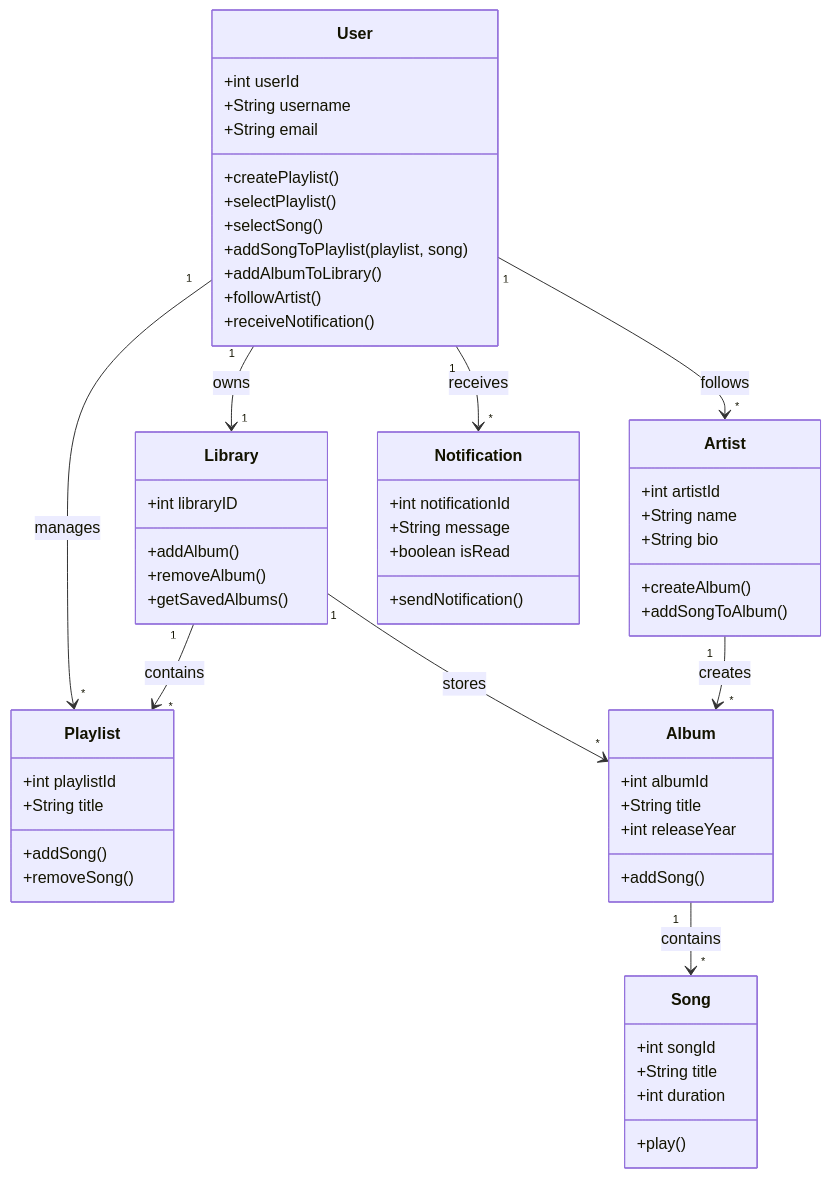
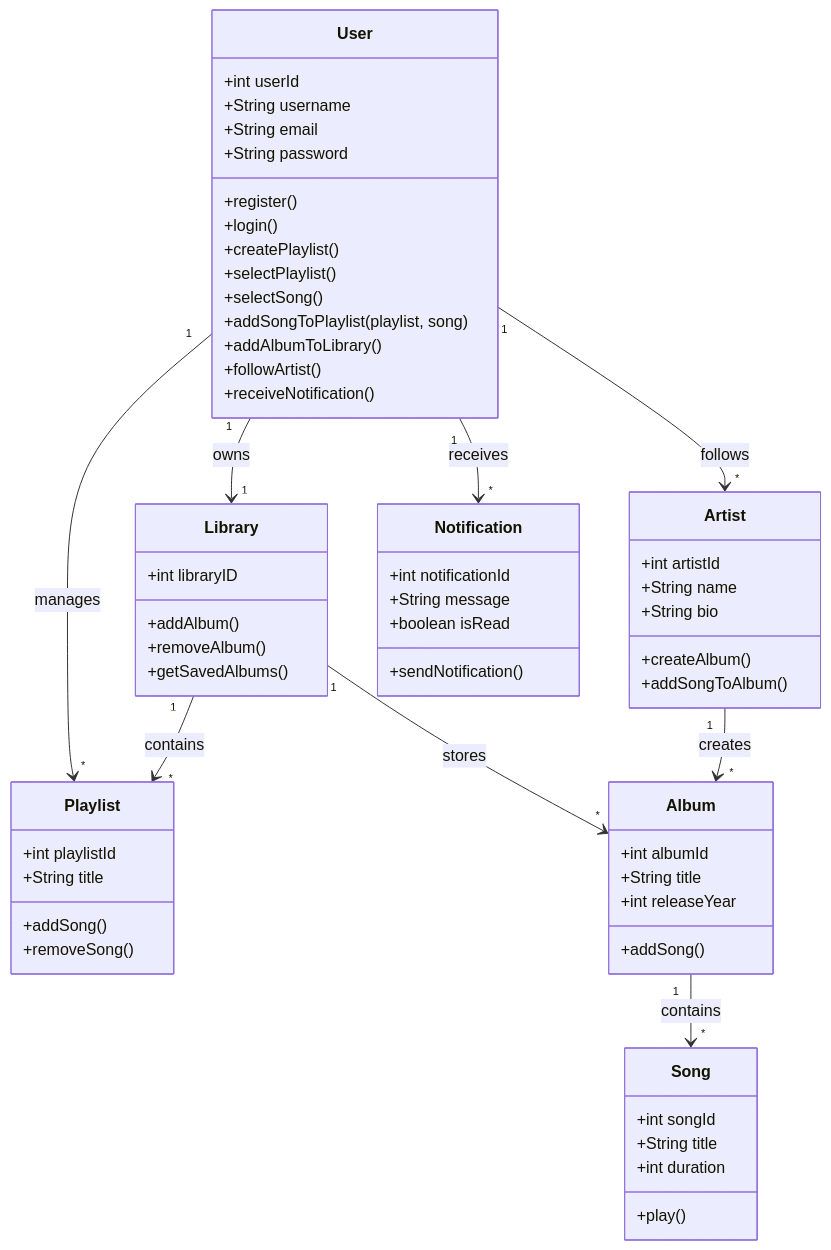
Before and after one commit to jabaliozoof-hub/Music_platform: the diagram in classDigram.mmd, drawn with Mermaid.

```diff
--- a/classDigram.mmd
+++ b/classDigram.mmd
@@ -1,66 +1,69 @@
 classDiagram
-direction TB
+    direction TB
     class User {
-	    +int userId
-	    +String username
-	    +String email
-	    +createPlaylist()
-	    +selectPlaylist()
-	    +selectSong()
-	    +addSongToPlaylist(playlist, song)
-	    +addAlbumToLibrary()
-	    +followArtist()
-	    +receiveNotification()
+        +int userId
+        +String username
+        +String email
+        +String password
+        +register()
+        +login()
+        +createPlaylist()
+        +selectPlaylist()
+        +selectSong()
+        +addSongToPlaylist(playlist, song)
+        +addAlbumToLibrary()
+        +followArtist()
+        +receiveNotification()
     }
 
     class Library {
-	    +int libraryID
-	    +addAlbum()
-	    +removeAlbum()
-	    +getSavedAlbums()
+        +int libraryID
+        +addAlbum()
+        +removeAlbum()
+        +getSavedAlbums()
     }
 
     class Playlist {
-	    +int playlistId
-	    +String title
-	    +addSong()
-	    +removeSong()
+        +int playlistId
+        +String title
+        +addSong()
+        +removeSong()
     }
 
     class Artist {
-	    +int artistId
-	    +String name
-	    +String bio
-	    +createAlbum()
-	    +addSongToAlbum()
+        +int artistId
+        +String name
+        +String bio
+        +createAlbum()
+        +addSongToAlbum()
     }
 
     class Album {
-	    +int albumId
-	    +String title
-	    +int releaseYear
-	    +addSong()
+        +int albumId
+        +String title
+        +int releaseYear
+        +addSong()
     }
 
     class Song {
-	    +int songId
-	    +String title
-	    +int duration
-	    +play()
+        +int songId
+        +String title
+        +int duration
+        +play()
     }
 
     class Notification {
-	    +int notificationId
-	    +String message
-	    +boolean isRead
-	    +sendNotification()
+        +int notificationId
+        +String message
+        +boolean isRead
+        +sendNotification()
     }
 
     User "1" --> "1" Library : owns
     User "1" --> "*" Playlist : manages
     User "1" --> "*" Artist : follows
     User "1" --> "*" Notification : receives
     Library "1" --> "*" Playlist : contains
     Library "1" --> "*" Album : stores
     Artist "1" --> "*" Album : creates
     Album "1" --> "*" Song : contains
```
